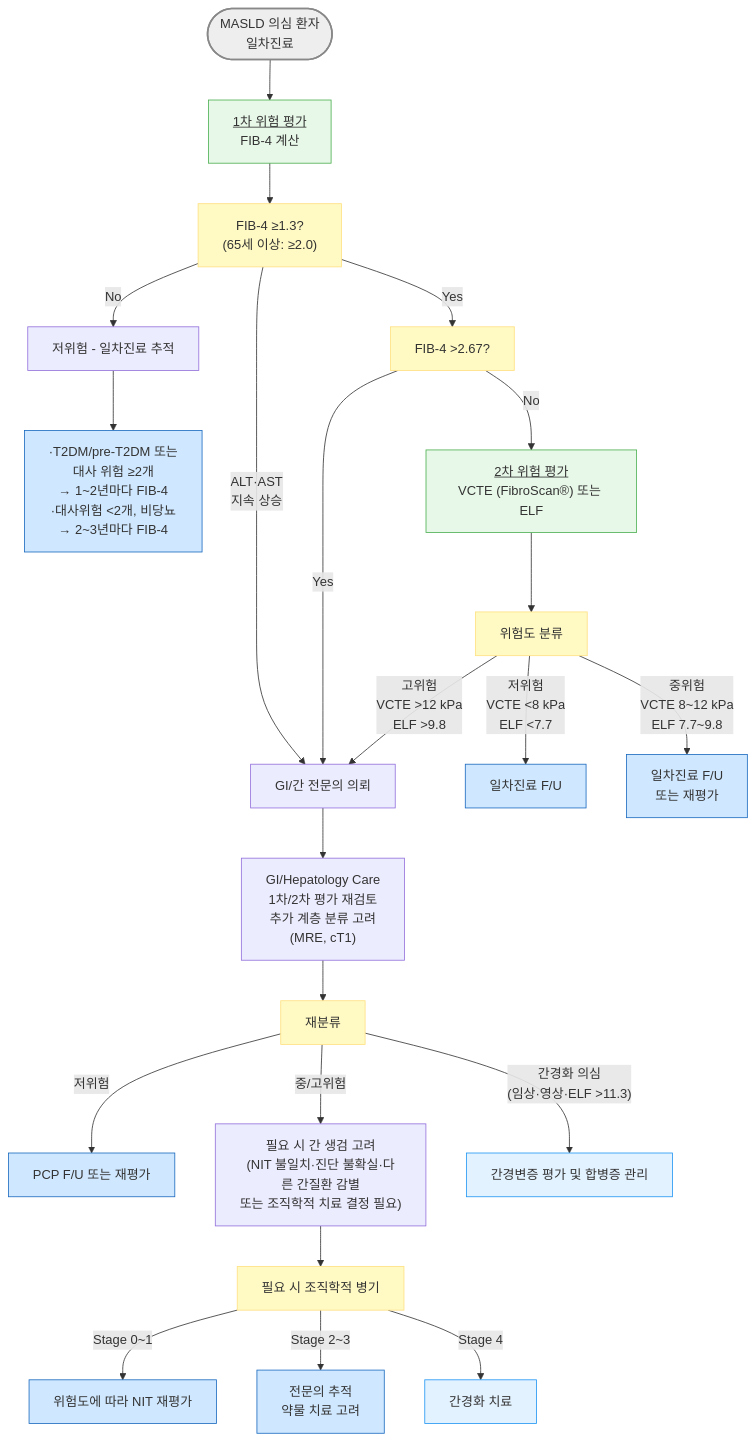
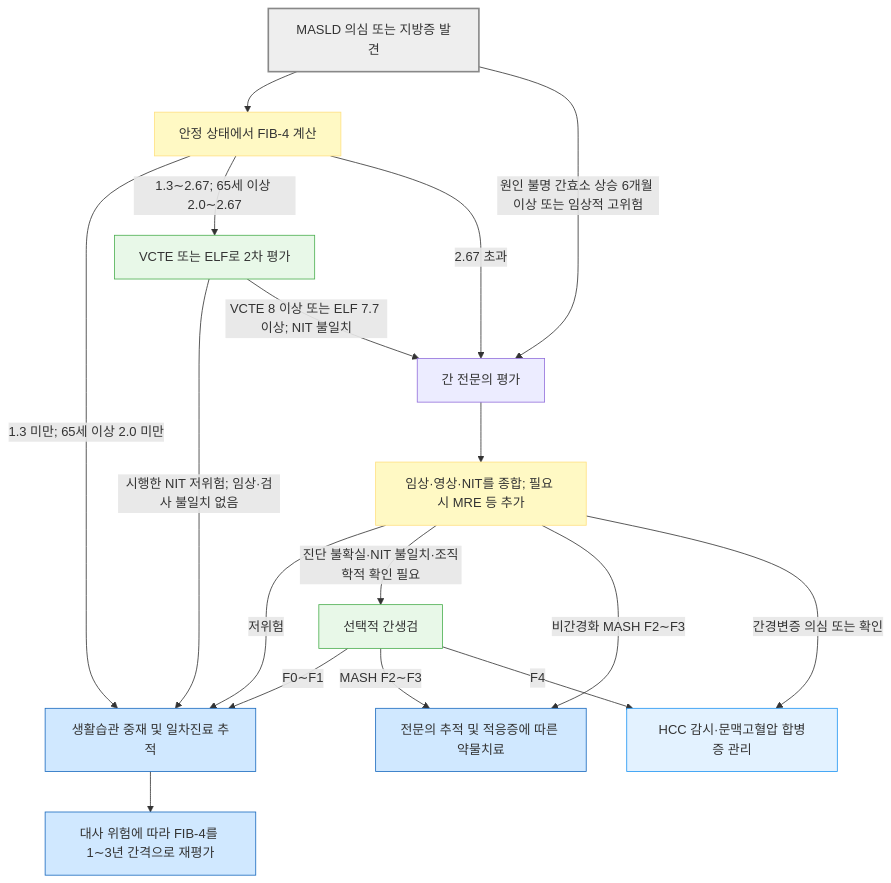
Before and after one commit to familyoh77/familyoh77: the diagram in 224_/093_-nafld.md, drawn with Mermaid. The commit also changed other lines of this file and 1 other file, not shown here.

````diff
--- a/224_/093_-nafld.md
+++ b/224_/093_-nafld.md
@@ -199,34 +210,29 @@
 ```mermaid
 flowchart TD
-    A([MASLD 의심 환자<br/>일차진료]) --> B["<u>1차 위험 평가</u><br/>FIB-4 계산"]
-    B --> C["FIB-4 ≥1.3?<br/>(65세 이상: ≥2.0)"]
-    C -->|No| D["저위험 - 일차진료 추적"]
-    D --> D2["·T2DM/pre-T2DM 또는 <br/>대사 위험 ≥2개<br/>→ 1~2년마다 FIB-4<br/>·대사위험 &lt;2개, 비당뇨<br/>→ 2~3년마다 FIB-4"]
-    C -->|Yes| E["FIB-4 >2.67?"]
-    C -->|"ALT·AST<br/>지속 상승"| G
-    E -->|Yes| G["GI/간 전문의 의뢰"]
-    E -->|No| F["<u>2차 위험 평가</u><br/>VCTE (FibroScan®) 또는 ELF"]
-    F --> H["위험도 분류"]
-    H -->|"저위험<br/>VCTE &lt;8 kPa<br/>ELF &lt;7.7"| I["일차진료 F/U"]
-    H -->|"중위험<br/>VCTE 8~12 kPa<br/>ELF 7.7~9.8"| J["일차진료 F/U<br/>또는 재평가"]
-    H -->|"고위험<br/>VCTE >12 kPa<br/>ELF >9.8"| G
-    G --> K["GI/Hepatology Care<br/>1차/2차 평가 재검토<br/>추가 계층 분류 고려<br/> (MRE, cT1)"]
-    K --> L["재분류"]
-    L -->|저위험| M["PCP F/U 또는 재평가"]
-    L -->|"중/고위험"| N["필요 시 간 생검 고려<br/>(NIT 불일치·진단 불확실·다른 간질환 감별<br/>또는 조직학적 치료 결정 필요)"]
-    L -->|"간경화 의심<br/>(임상·영상·ELF >11.3)"| O["간경변증 평가 및 합병증 관리"]
-    N --> P["필요 시 조직학적 병기"]
-    P -->|"Stage 0~1"| Q["위험도에 따라 NIT 재평가"]
-    P -->|"Stage 2~3"| R["전문의 추적<br/>약물 치료 고려"]
-    P -->|"Stage 4"| S["간경화 치료"]
+    A["MASLD 의심 또는 지방증 발견"] --> B["안정 상태에서 FIB-4 계산"]
+    B -->|"1.3 미만; 65세 이상 2.0 미만"| C["생활습관 중재 및 일차진료 추적"]
+    C --> C2["대사 위험에 따라 FIB-4를 1∼3년 간격으로 재평가"]
+    B -->|"1.3∼2.67; 65세 이상 2.0∼2.67"| D["VCTE 또는 ELF로 2차 평가"]
+    B -->|"2.67 초과"| G["간 전문의 평가"]
+    A -->|"원인 불명 간효소 상승 6개월 이상 또는 임상적 고위험"| G
+    D -->|"시행한 NIT 저위험; 임상·검사 불일치 없음"| C
+    D -->|"VCTE 8 이상 또는 ELF 7.7 이상; NIT 불일치"| G
+    G --> E["임상·영상·NIT를 종합; 필요 시 MRE 등 추가"]
+    E -->|"저위험"| C
+    E -->|"진단 불확실·NIT 불일치·조직학적 확인 필요"| F["선택적 간생검"]
+    E -->|"비간경화 MASH F2∼F3"| H["전문의 추적 및 적응증에 따른 약물치료"]
+    E -->|"간경변증 의심 또는 확인"| I["HCC 감시·문맥고혈압 합병증 관리"]
+    F -->|"F0∼F1"| C
+    F -->|"MASH F2∼F3"| H
+    F -->|"F4"| I
 
 style A fill:#eeeeee,stroke:#888888,stroke-width:2px
 classDef yellow fill:#fff9c4,stroke:#ffe082
-class C,E,H,L,P yellow
+class B,E yellow
 classDef lightGreen fill:#e8f8e8,stroke:#4caf50
-class B,F lightGreen
+class D,F lightGreen
 classDef blue fill:#d0e8ff,stroke:#1a6abf
-class D2,I,J,M,Q,R blue
+class C,C2,H blue
 classDef sky fill:#e3f2ff,stroke:#2196f3
-class S,O sky
+class I sky
 ```
````
